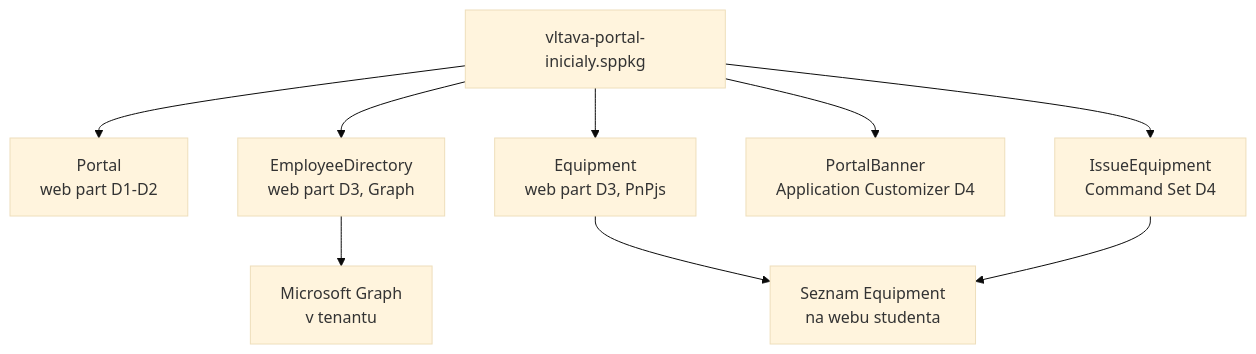
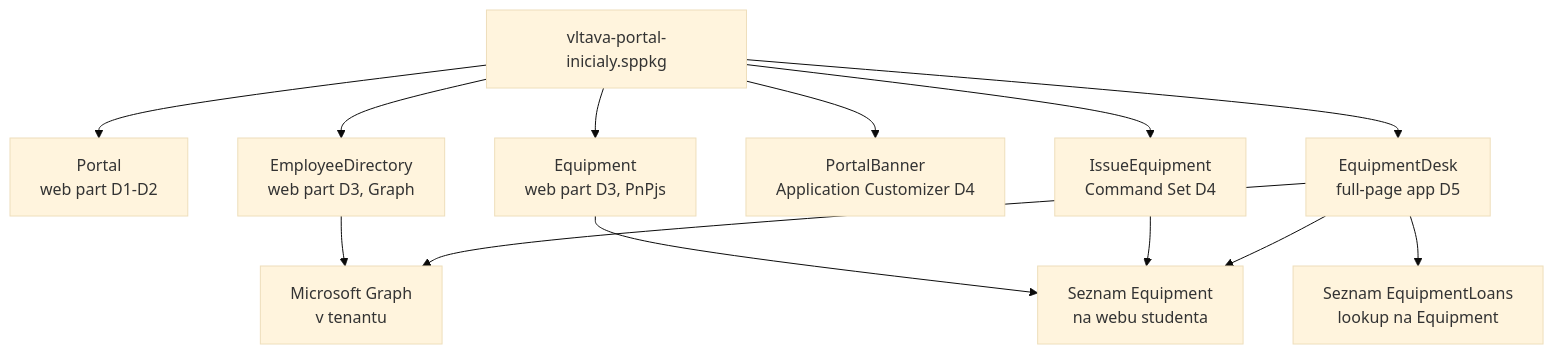
The diagram in scenario-vltava-portal.md (MalasekPetr/gopas-spo_dev_1), drawn with Mermaid (base theme) before and after one commit. The commit also changed other lines of this file and 15 other files, not shown here.

First line of the commit message:
SPO_DEV_1: day 5 restructured around a self-paced Equipment desk lab

````diff
--- a/scenario-vltava-portal.md
+++ b/scenario-vltava-portal.md
@@ -33,12 +34,16 @@
 ```mermaid
 flowchart TB
   S[vltava-portal-inicialy.sppkg]
   S --> P[Portal<br/>web part D1-D2]
   S --> E[EmployeeDirectory<br/>web part D3, Graph]
   S --> Q[Equipment<br/>web part D3, PnPjs]
   S --> B[PortalBanner<br/>Application Customizer D4]
   S --> C[IssueEquipment<br/>Command Set D4]
+  S --> D[EquipmentDesk<br/>full-page app D5]
   E --> G[Microsoft Graph<br/>v tenantu]
   Q --> L[Seznam Equipment<br/>na webu studenta]
   C --> L
+  D --> L
+  D --> H[Seznam EquipmentLoans<br/>lookup na Equipment]
+  D --> G
 ```
````
